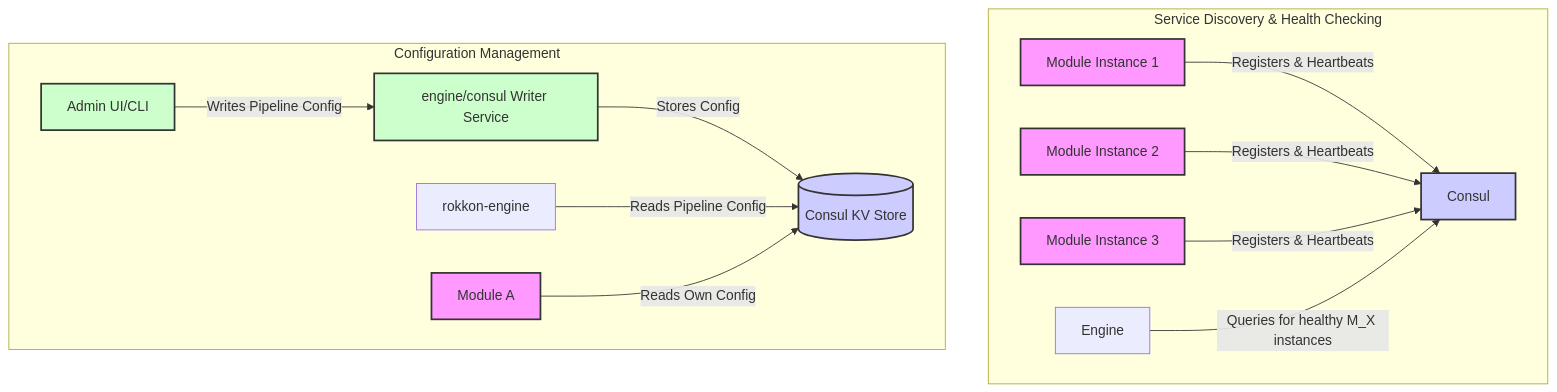
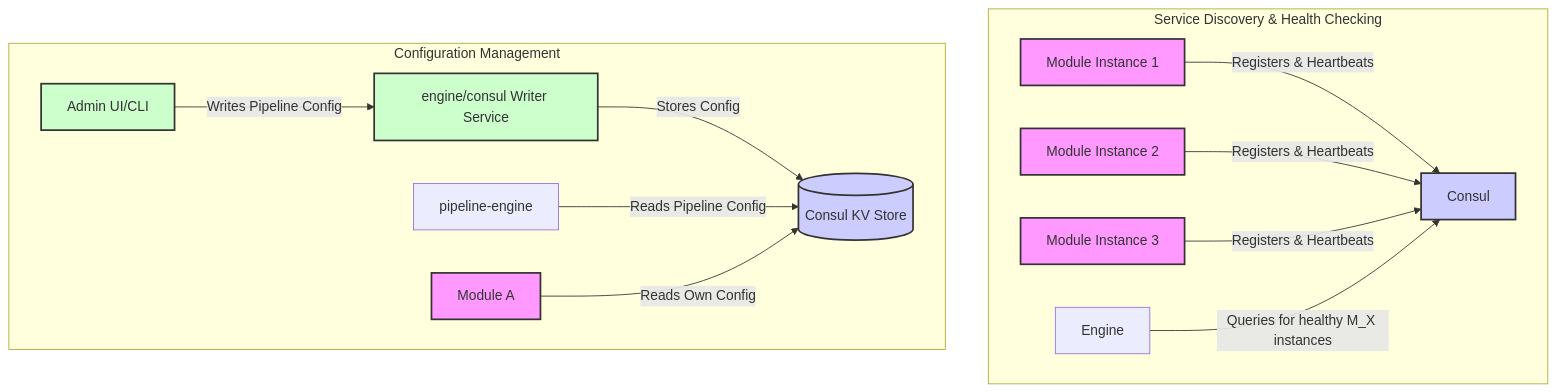
Before and after one commit to krickert/rokkon: the second of 3 diagrams in ARCHITECTURE/Architecture_overview.md, drawn with Mermaid. The commit also changed other lines of this file and 75 other files, not shown here.

````diff
--- a/ARCHITECTURE/Architecture_overview.md
+++ b/ARCHITECTURE/Architecture_overview.md
@@ -83,24 +83,24 @@
 ```mermaid
 graph TD
     subgraph "Service Discovery & Health Checking"
         M1[Module Instance 1] -- Registers & Heartbeats --> Consul
         M2[Module Instance 2] -- Registers & Heartbeats --> Consul
         M3[Module Instance 3] -- Registers & Heartbeats --> Consul
         Engine -- Queries for healthy M_X instances --> Consul
     end
 
     subgraph "Configuration Management"
         AdminUI[Admin UI/CLI] -- Writes Pipeline Config --> EngineConsulWriter[engine/consul Writer Service]
         EngineConsulWriter -- Stores Config --> ConsulKV[(Consul KV Store)]
-        rokkon-engine[rokkon-engine] -- Reads Pipeline Config --> ConsulKV
+        pipeline-engine[pipeline-engine] -- Reads Pipeline Config --> ConsulKV
         ModuleA[Module A] -- Reads Own Config --> ConsulKV
     end
 
     classDef service fill:#f9f,stroke:#333,stroke-width:2px;
     classDef consulComponent fill:#ccf,stroke:#333,stroke-width:2px;
     classDef admin fill:#cfc,stroke:#333,stroke-width:2px;
 
     class M1,M2,M3,ModuleA service;
     class Consul,ConsulKV consulComponent;
-    class AdminUI,EngineConsulWriter,RokkonEngine admin;
+    class AdminUI,EngineConsulWriter,PipelineEngine admin;
 ```
````
